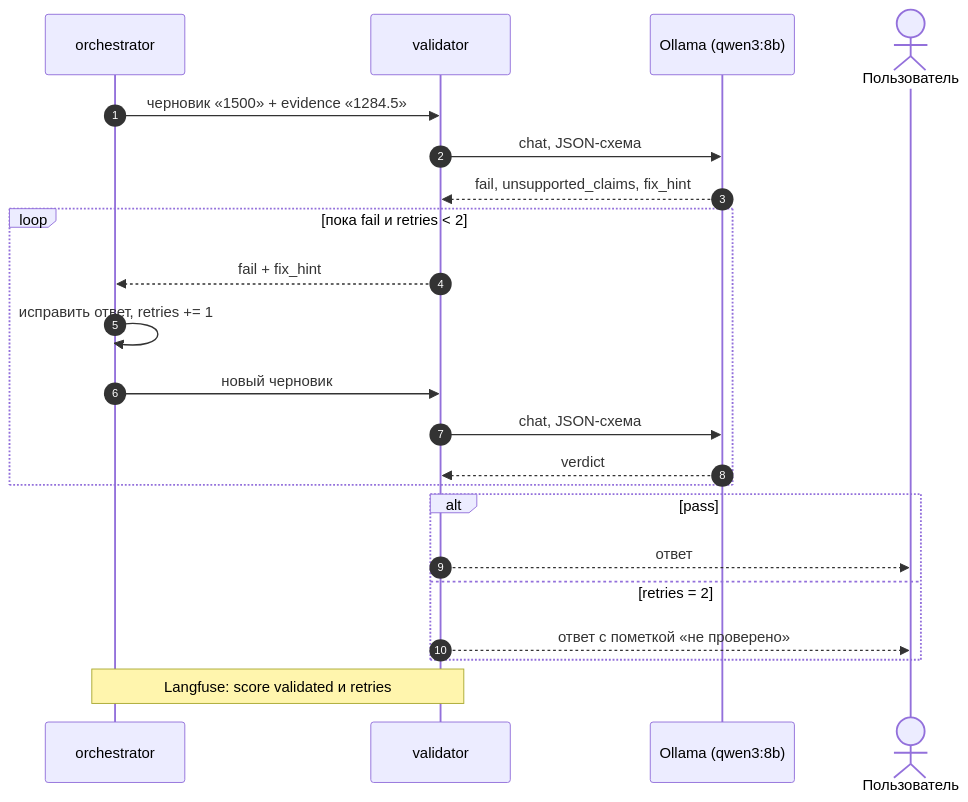
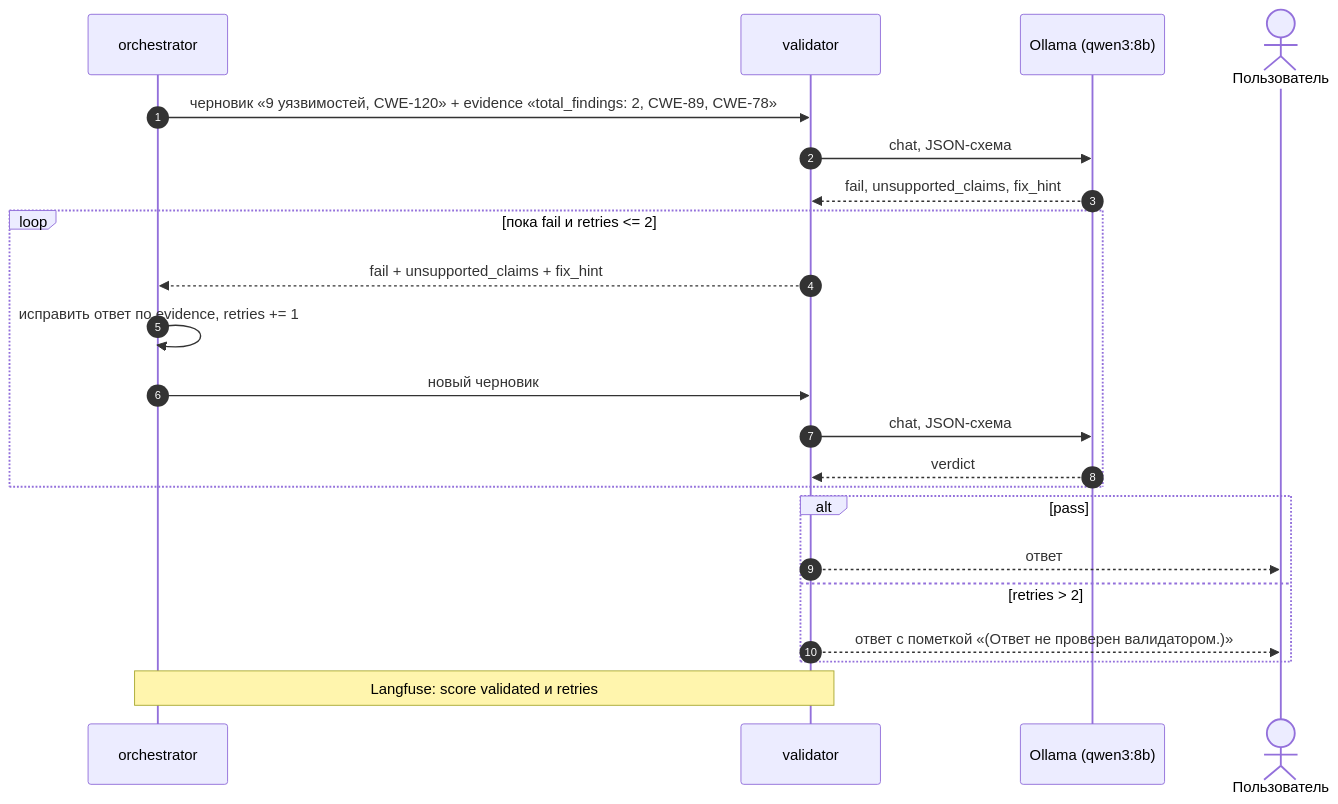
The fourth of 6 diagrams in task3-agent/diagrams/diagrams.md (Zancrow20/LLMs), drawn with Mermaid before and after one commit. The commit also changed other lines of this file and 57 other files, not shown here.

````diff
--- a/task3-agent/diagrams/diagrams.md
+++ b/task3-agent/diagrams/diagrams.md
@@ -110,25 +111,25 @@
 ```mermaid
 sequenceDiagram
   autonumber
   participant O as orchestrator
   participant V as validator
   participant L as Ollama (qwen3:8b)
   actor U as Пользователь
 
-  O->>V: черновик «1500» + evidence «1284.5»
+  O->>V: черновик «9 уязвимостей, CWE-120» + evidence «total_findings: 2, CWE-89, CWE-78»
   V->>L: chat, JSON-схема
   L-->>V: fail, unsupported_claims, fix_hint
-  loop пока fail и retries < 2
-    V-->>O: fail + fix_hint
-    O->>O: исправить ответ, retries += 1
+  loop пока fail и retries <= 2
+    V-->>O: fail + unsupported_claims + fix_hint
+    O->>O: исправить ответ по evidence, retries += 1
     O->>V: новый черновик
     V->>L: chat, JSON-схема
     L-->>V: verdict
   end
   alt pass
     V-->>U: ответ
-  else retries = 2
-    V-->>U: ответ с пометкой «не проверено»
+  else retries > 2
+    V-->>U: ответ с пометкой «(Ответ не проверен валидатором.)»
   end
   Note over O,V: Langfuse: score validated и retries
 ```
````
